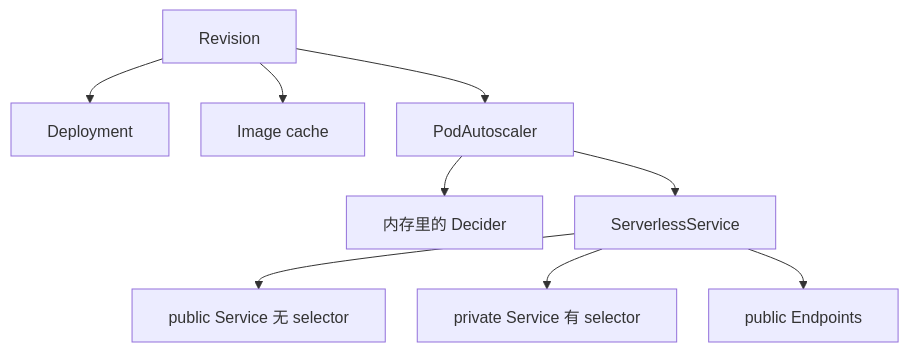
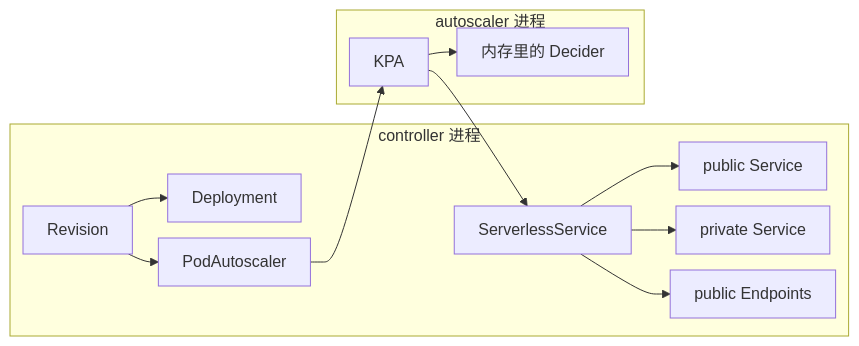
One commit to forrestIsRunning/knative-lab changed the first of 4 diagrams in docs/revision-children.md. Above: the diagram before and after it, drawn with Mermaid. The commit also changed other lines of this file and 6 other files, not shown here.

First line of the commit message:
把笔记收成一张 Knative 架构图

````diff
--- a/docs/revision-children.md
+++ b/docs/revision-children.md
@@ -13,12 +5,34 @@
 ```mermaid
-%%{init: {"htmlLabels": false, "flowchart": {"curve": "basis", "nodeSpacing": 32, "rankSpacing": 40, "padding": 18, "wrappingWidth": 800}}}%%
-flowchart TD
-  rev["Revision"] --> dep["Deployment"]
-  rev --> img["Image cache"]
-  rev --> pa["PodAutoscaler"]
-  pa --> dec["内存里的 Decider"]
-  pa --> sks["ServerlessService"]
-  sks --> pub["public Service 无 selector"]
-  sks --> pvt["private Service 有 selector"]
-  sks --> eps["public Endpoints"]
+---
+config:
+  flowchart:
+    htmlLabels: true
+    wrappingWidth: 220
+    padding: 12
+    useMaxWidth: false
+    rankSpacing: 26
+    nodeSpacing: 16
+---
+flowchart LR
+  subgraph C["controller 进程"]
+    REV["Revision"]
+    DEP["Deployment"]
+    PA["PodAutoscaler"]
+    SKS["ServerlessService"]
+    PUB["public Service"]
+    PVT["private Service"]
+    EP["public Endpoints"]
+  end
+  subgraph A["autoscaler 进程"]
+    DEC["内存里的 Decider"]
+    KPA["KPA"]
+  end
+  REV --> DEP
+  REV --> PA
+  PA --> KPA
+  KPA --> DEC
+  KPA --> SKS
+  SKS --> PUB
+  SKS --> PVT
+  SKS --> EP
 ```
````
